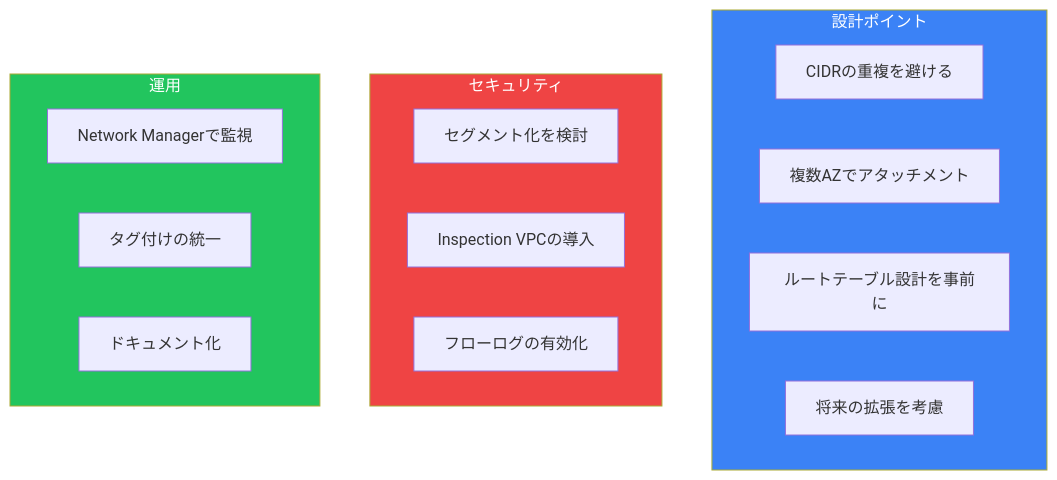
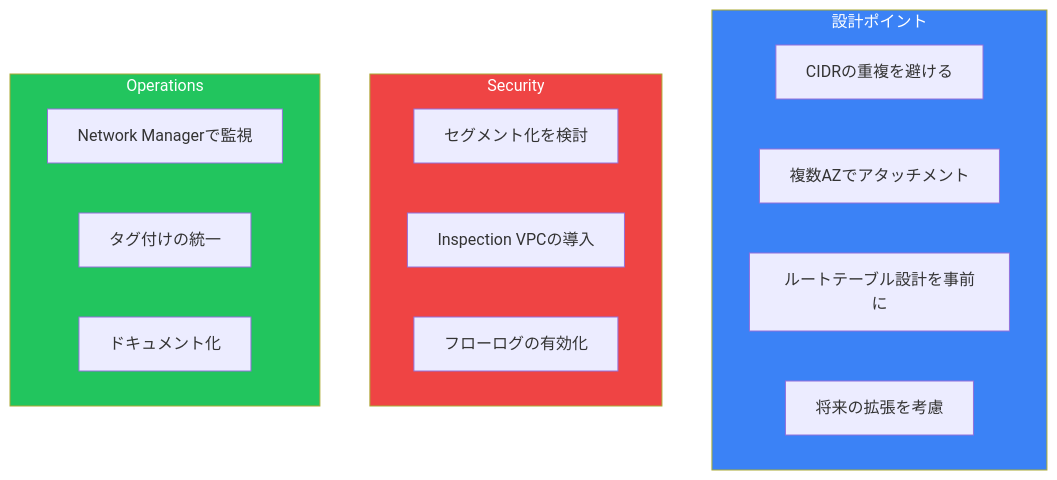
Diagram 13 of 14 in content/blog/ja/aws-transit-gateway.md (shunkus/shunku.net), drawn with Mermaid before and after one commit. The commit also changed other lines of this file and 56 other files, not shown here.

````diff
--- a/content/blog/ja/aws-transit-gateway.md
+++ b/content/blog/ja/aws-transit-gateway.md
@@ -422,25 +422,25 @@
 ```mermaid
 flowchart TB
     subgraph Design["設計ポイント"]
         D1["CIDRの重複を避ける"]
         D2["複数AZでアタッチメント"]
         D3["ルートテーブル設計を事前に"]
         D4["将来の拡張を考慮"]
     end
 
-    subgraph Security["セキュリティ"]
+    subgraph Security["Security"]
         S1["セグメント化を検討"]
         S2["Inspection VPCの導入"]
         S3["フローログの有効化"]
     end
 
-    subgraph Operations["運用"]
+    subgraph Operations["Operations"]
         O1["Network Managerで監視"]
         O2["タグ付けの統一"]
         O3["ドキュメント化"]
     end
 
     style Design fill:#3b82f6,color:#fff
     style Security fill:#ef4444,color:#fff
     style Operations fill:#22c55e,color:#fff
 ```
````
